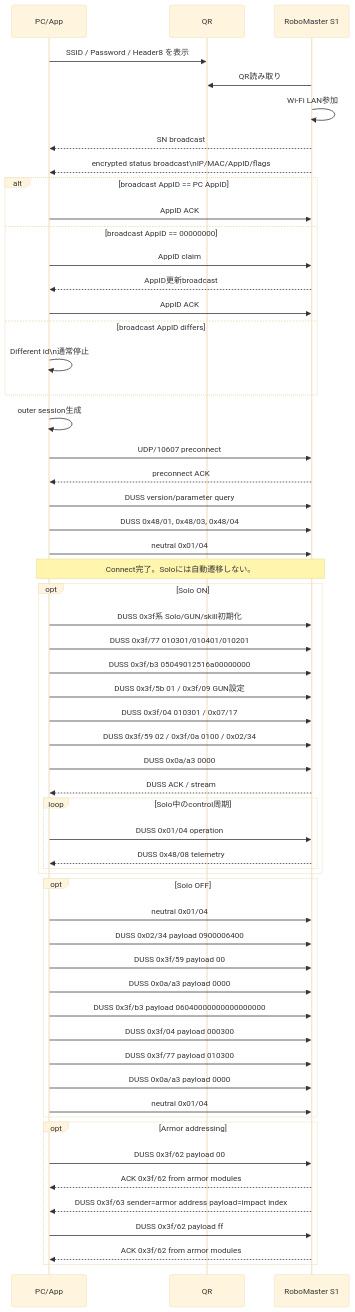
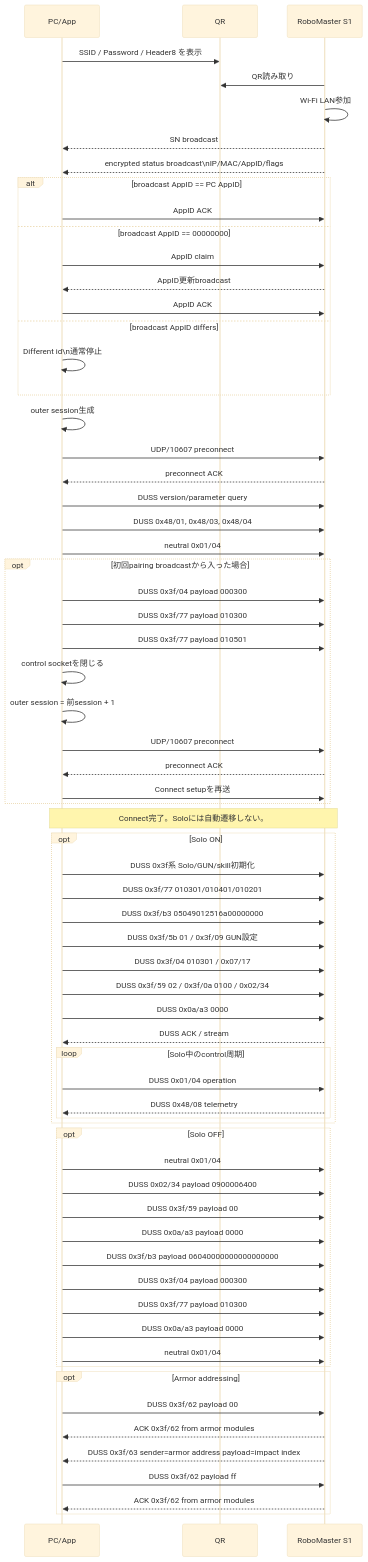
Before and after one commit to tatsuyai713/RoboMaster-S1-WiFi-SDK: the second of 11 diagrams in robomaster_s1_wifi_communication_spec.md, drawn with Mermaid (base theme). The commit also changed other lines of this file and 104 other files, not shown here.

````diff
--- a/robomaster_s1_wifi_communication_spec.md
+++ b/robomaster_s1_wifi_communication_spec.md
@@ -121,68 +121,80 @@
 ```mermaid
 sequenceDiagram
     participant PC as PC/App
     participant QR as QR
     participant S1 as RoboMaster S1
 
     PC->>QR: SSID / Password / Header8 を表示
     S1->>QR: QR読み取り
     S1->>S1: Wi-Fi LAN参加
 
     S1-->>PC: SN broadcast
     S1-->>PC: encrypted status broadcast\nIP/MAC/AppID/flags
 
     alt broadcast AppID == PC AppID
         PC->>S1: AppID ACK
     else broadcast AppID == 00000000
         PC->>S1: AppID claim
         S1-->>PC: AppID更新broadcast
         PC->>S1: AppID ACK
     else broadcast AppID differs
         PC->>PC: Different id\n通常停止
     end
 
     PC->>PC: outer session生成
     PC->>S1: UDP/10607 preconnect
     S1-->>PC: preconnect ACK
 
     PC->>S1: DUSS version/parameter query
     PC->>S1: DUSS 0x48/01, 0x48/03, 0x48/04
     PC->>S1: neutral 0x01/04
+
+    opt 初回pairing broadcastから入った場合
+        PC->>S1: DUSS 0x3f/04 payload 000300
+        PC->>S1: DUSS 0x3f/77 payload 010300
+        PC->>S1: DUSS 0x3f/77 payload 010501
+        PC->>PC: control socketを閉じる
+        PC->>PC: outer session = 前session + 1
+        PC->>S1: UDP/10607 preconnect
+        S1-->>PC: preconnect ACK
+        PC->>S1: Connect setupを再送
+    end
+
     Note over PC,S1: Connect完了。Soloには自動遷移しない。
 
     opt Solo ON
         PC->>S1: DUSS 0x3f系 Solo/GUN/skill初期化
         PC->>S1: DUSS 0x3f/77 010301/010401/010201
         PC->>S1: DUSS 0x3f/b3 05049012516a00000000
         PC->>S1: DUSS 0x3f/5b 01 / 0x3f/09 GUN設定
         PC->>S1: DUSS 0x3f/04 010301 / 0x07/17
         PC->>S1: DUSS 0x3f/59 02 / 0x3f/0a 0100 / 0x02/34
         PC->>S1: DUSS 0x0a/a3 0000
         S1-->>PC: DUSS ACK / stream
 
         loop Solo中のcontrol周期
             PC->>S1: DUSS 0x01/04 operation
             S1-->>PC: DUSS 0x48/08 telemetry
         end
     end
 
     opt Solo OFF
         PC->>S1: neutral 0x01/04
         PC->>S1: DUSS 0x02/34 payload 0900006400
         PC->>S1: DUSS 0x3f/59 payload 00
         PC->>S1: DUSS 0x0a/a3 payload 0000
         PC->>S1: DUSS 0x3f/b3 payload 06040000000000000000
         PC->>S1: DUSS 0x3f/04 payload 000300
         PC->>S1: DUSS 0x3f/77 payload 010300
         PC->>S1: DUSS 0x0a/a3 payload 0000
         PC->>S1: neutral 0x01/04
     end
 
     opt Armor addressing
         PC->>S1: DUSS 0x3f/62 payload 00
         S1-->>PC: ACK 0x3f/62 from armor modules
         S1-->>PC: DUSS 0x3f/63 sender=armor address payload=impact index
         PC->>S1: DUSS 0x3f/62 payload ff
         S1-->>PC: ACK 0x3f/62 from armor modules
     end
 ```
````
